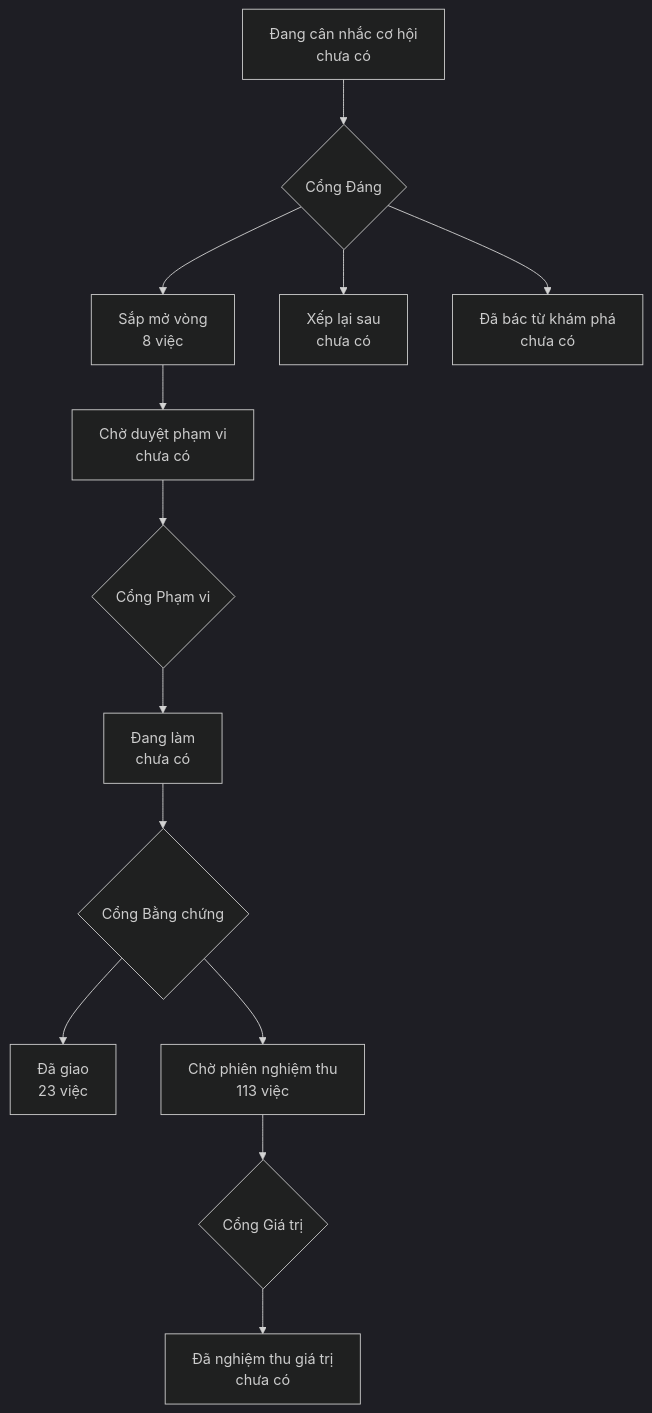
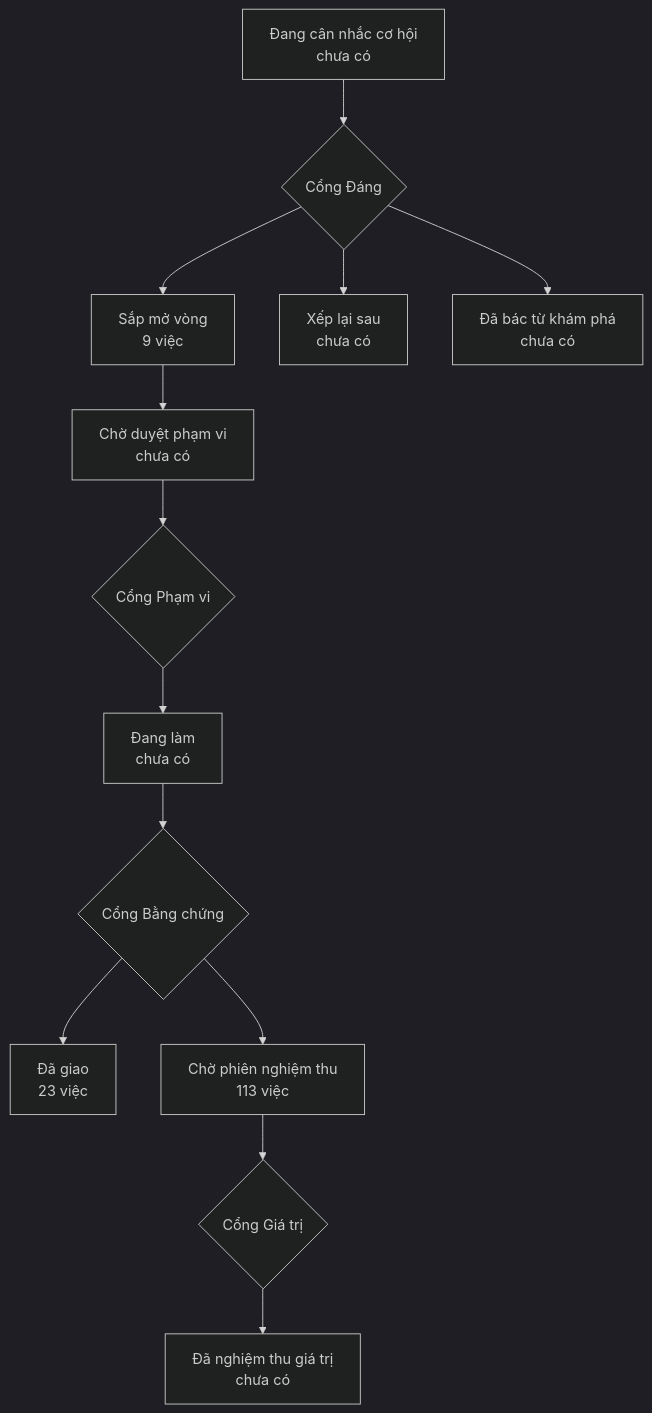
The diagram in PRODUCT-MAP.md (phanlemanh/onehub-quy-hang), drawn with Mermaid (dark theme) before and after one commit. The commit also changed other lines of this file and 4 other files, not shown here.

````diff
--- a/PRODUCT-MAP.md
+++ b/PRODUCT-MAP.md
@@ -7,12 +7,12 @@
 ```mermaid
 flowchart TD
   A["Đang cân nhắc cơ hội<br/>chưa có"] --> GD{"Cổng Đáng"}
-  GD --> B["Sắp mở vòng<br/>8 việc"]
+  GD --> B["Sắp mở vòng<br/>9 việc"]
   GD --> XL["Xếp lại sau<br/>chưa có"]
   GD --> DB["Đã bác từ khám phá<br/>chưa có"]
   B --> CD["Chờ duyệt phạm vi<br/>chưa có"] --> GP{"Cổng Phạm vi"}
   GP --> DL["Đang làm<br/>chưa có"] --> GB{"Cổng Bằng chứng"}
   GB --> DG["Đã giao<br/>23 việc"]
   GB --> CN["Chờ phiên nghiệm thu<br/>113 việc"] --> GG{"Cổng Giá trị"}
   GG --> NT["Đã nghiệm thu giá trị<br/>chưa có"]
 ```
````
